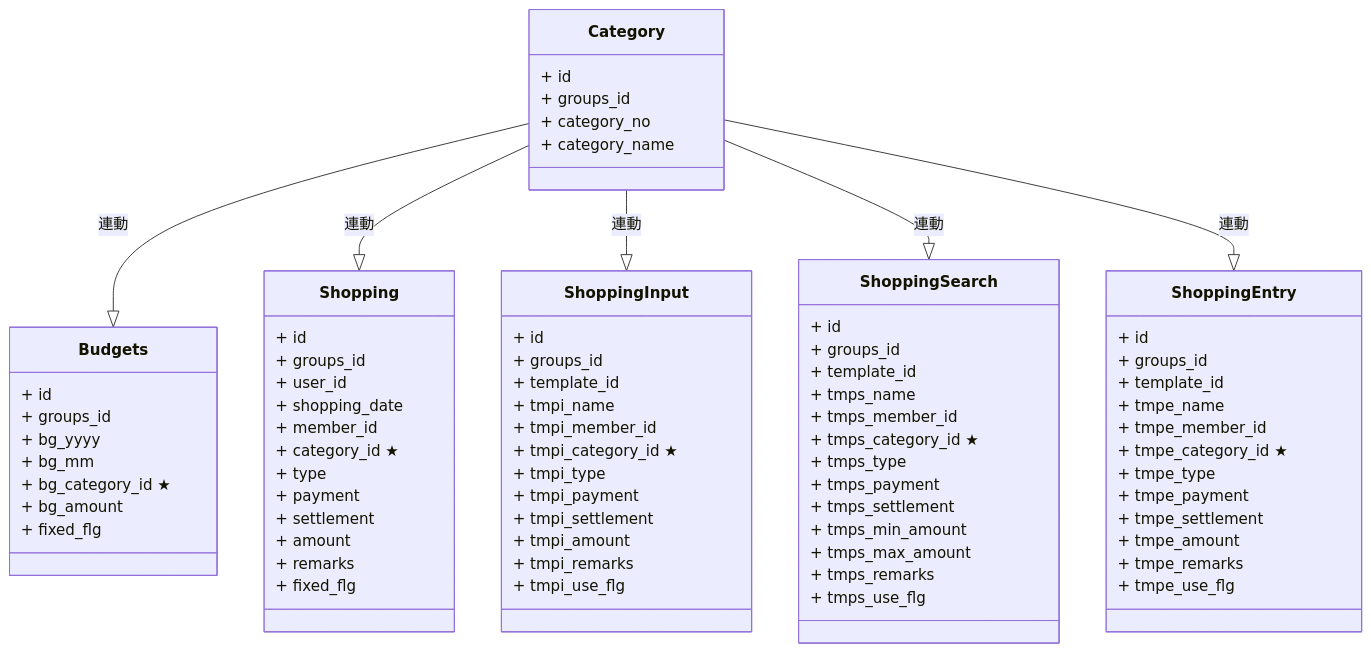
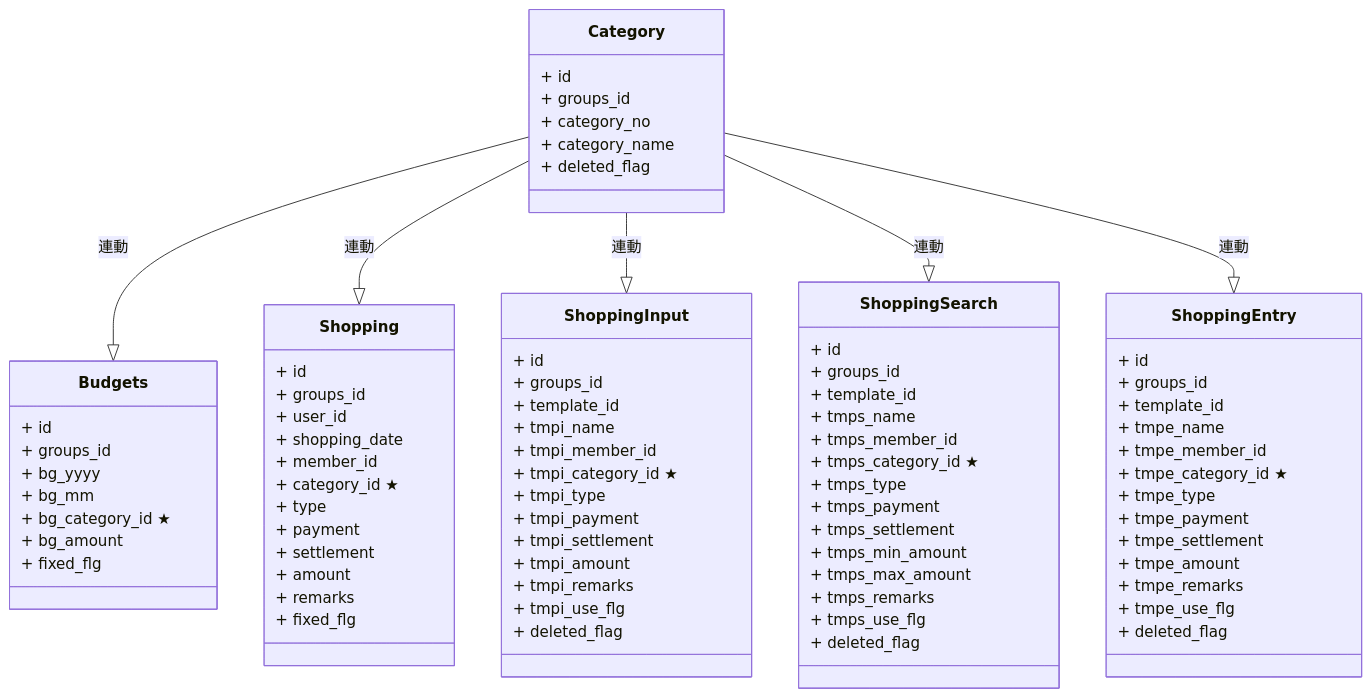
One commit to ryota-tojo/home changed the diagram in server/etc/document/transaction/カテゴリー.md. Above: the diagram before and after it, drawn with Mermaid. The commit also changed 44 other files, not shown here.

```diff
--- a/server/etc/document/transaction/カテゴリー.md
+++ b/server/etc/document/transaction/カテゴリー.md
@@ -7,6 +7,7 @@
         + groups_id
         + category_no
         + category_name
+        + deleted_flag
     }
 
     class Budgets {
@@ -47,6 +48,7 @@
         + tmpi_amount
         + tmpi_remarks
         + tmpi_use_flg
+        + deleted_flag
     }
 
     class ShoppingSearch {
@@ -63,6 +65,7 @@
         + tmps_max_amount
         + tmps_remarks
         + tmps_use_flg
+        + deleted_flag
     }
 
     class ShoppingEntry {
@@ -78,6 +81,7 @@
         + tmpe_amount
         + tmpe_remarks
         + tmpe_use_flg
+        + deleted_flag
     }
 
     Category --|> Budgets:連動
```
